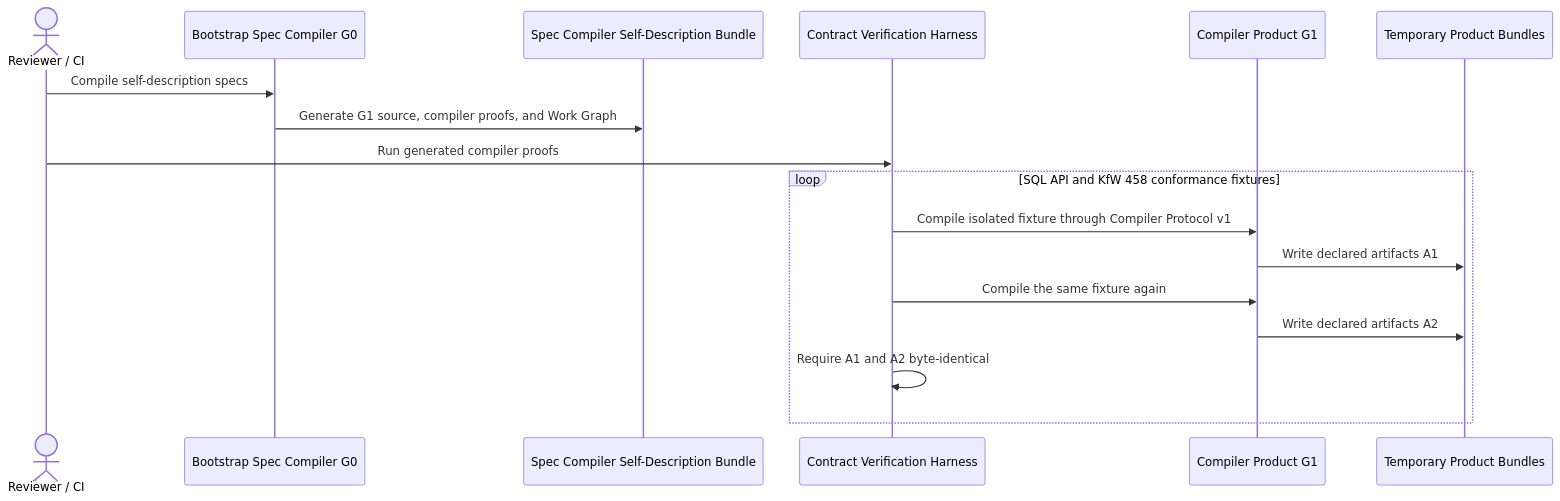
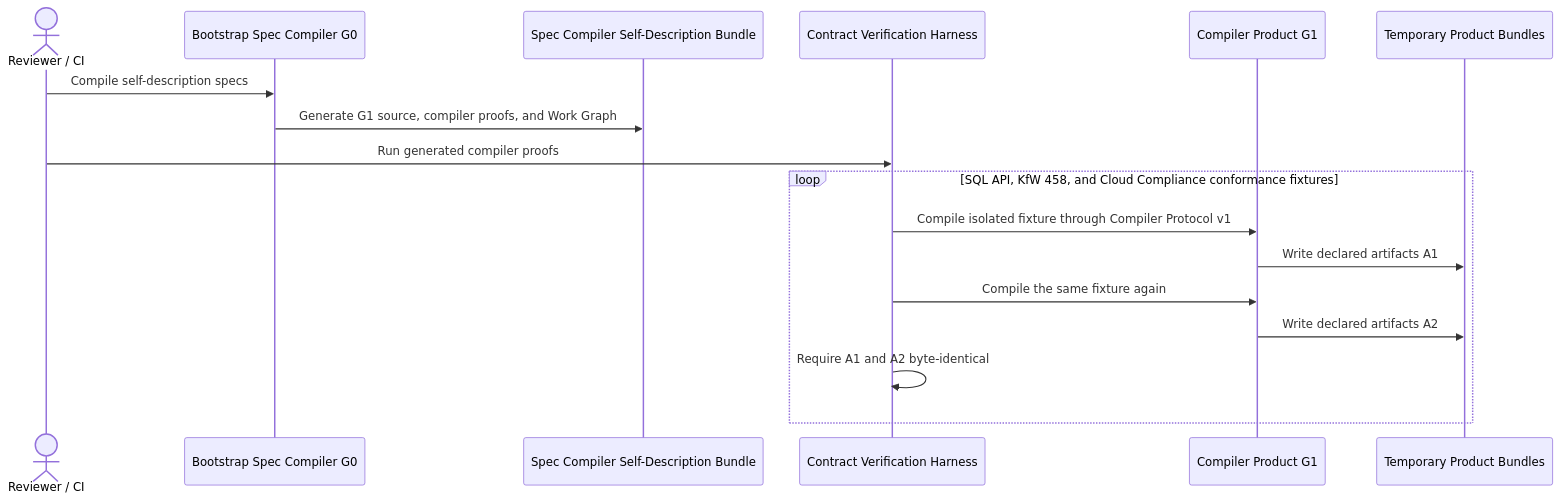
Before and after one commit to arturmiller/spec-compiler: the fourth of 6 diagrams in docs/architecture/arc42.md, drawn with Mermaid. The commit also changed other lines of this file and 48 other files, not shown here.

Commit message:
Implement cloud compliance reuse slice (fixes #6)

````diff
--- a/docs/architecture/arc42.md
+++ b/docs/architecture/arc42.md
@@ -333,20 +343,20 @@
 ```mermaid
 sequenceDiagram
     actor Operator as Reviewer / CI
     participant G0 as Bootstrap Spec Compiler G0
     participant Self as Spec Compiler Self-Description Bundle
     participant Harness as Contract Verification Harness
     participant G1 as Compiler Product G1
     participant Fixtures as Temporary Product Bundles
 
     Operator->>G0: Compile self-description specs
     G0->>Self: Generate G1 source, compiler proofs, and Work Graph
     Operator->>Harness: Run generated compiler proofs
-    loop SQL API and KfW 458 conformance fixtures
+    loop SQL API, KfW 458, and Cloud Compliance conformance fixtures
         Harness->>G1: Compile isolated fixture through Compiler Protocol v1
         G1->>Fixtures: Write declared artifacts A1
         Harness->>G1: Compile the same fixture again
         G1->>Fixtures: Write declared artifacts A2
         Harness->>Harness: Require A1 and A2 byte-identical
     end
 ```
````
